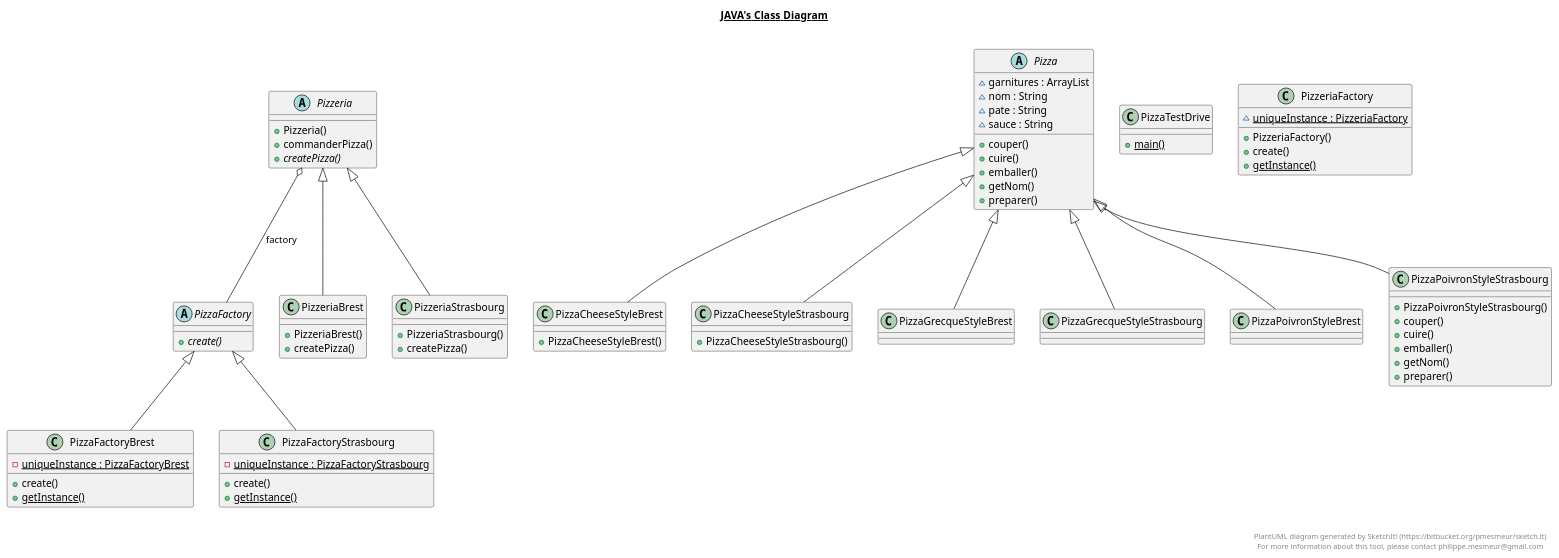
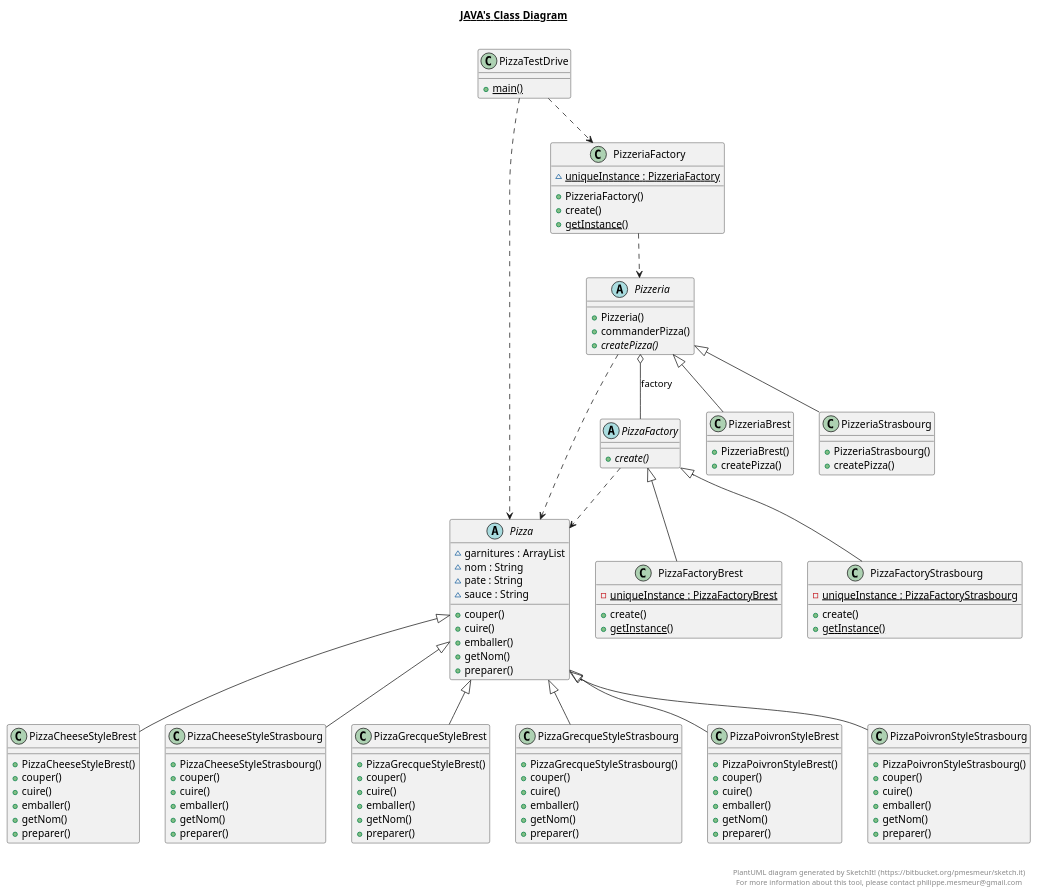
The diagram in docs/TP3.plantuml (IUT-Blagnac/cpoa-tp3-Karlitau), drawn with PlantUML before and after one commit. The commit also changed 4 other files, not shown here.

```diff
--- a/docs/TP3.plantuml
+++ b/docs/TP3.plantuml
@@ -1,142 +1,183 @@
 @startuml
 
 title __JAVA's Class Diagram__\n
 
-abstract class Pizza {
+
+    abstract class Pizza {
         ~ garnitures : ArrayList
         ~ nom : String
         ~ pate : String
         ~ sauce : String
         + couper()
         + cuire()
         + emballer()
         + getNom()
         + preparer()
     }
 
+
+
     class PizzaCheeseStyleBrest {
         + PizzaCheeseStyleBrest()
+        + couper()
+        + cuire()
+        + emballer()
+        + getNom()
+        + preparer()
     }
 
-  
+
 
 
     class PizzaCheeseStyleStrasbourg {
         + PizzaCheeseStyleStrasbourg()
+        + couper()
+        + cuire()
+        + emballer()
+        + getNom()
+        + preparer()
     }
 
-  
+
 
 
     abstract class PizzaFactory {
         {abstract} + create()
     }
 
-  
+
 
 
     class PizzaFactoryBrest {
         {static} - uniqueInstance : PizzaFactoryBrest
         + create()
         {static} + getInstance()
     }
 
-  
+
 
 
     class PizzaFactoryStrasbourg {
         {static} - uniqueInstance : PizzaFactoryStrasbourg
         + create()
         {static} + getInstance()
     }
 
-  
+
 
 
     class PizzaGrecqueStyleBrest {
+        + PizzaGrecqueStyleBrest()
+        + couper()
+        + cuire()
+        + emballer()
+        + getNom()
+        + preparer()
     }
 
-  
+
 
 
     class PizzaGrecqueStyleStrasbourg {
+        + PizzaGrecqueStyleStrasbourg()
+        + couper()
+        + cuire()
+        + emballer()
+        + getNom()
+        + preparer()
     }
 
-  
+
+
 
     class PizzaPoivronStyleBrest {
+        + PizzaPoivronStyleBrest()
+        + couper()
+        + cuire()
+        + emballer()
+        + getNom()
+        + preparer()
     }
+
+
 
 
     class PizzaPoivronStyleStrasbourg {
         + PizzaPoivronStyleStrasbourg()
         + couper()
         + cuire()
         + emballer()
         + getNom()
         + preparer()
     }
 
-  
+
 
 
     class PizzaTestDrive {
         {static} + main()
     }
 
-  
+
+
 
     abstract class Pizzeria {
         + Pizzeria()
         + commanderPizza()
         {abstract} + createPizza()
     }
 
-  
+
 
 
     class PizzeriaBrest {
         + PizzeriaBrest()
         + createPizza()
     }
-  
+
+
 
 
     class PizzeriaFactory {
         {static} ~ uniqueInstance : PizzeriaFactory
         + PizzeriaFactory()
         + create()
         {static} + getInstance()
     }
 
-  
+
 
 
     class PizzeriaStrasbourg {
         + PizzeriaStrasbourg()
         + createPizza()
     }
 
-  
+
 
   PizzaCheeseStyleBrest -up-|> Pizza
   PizzaCheeseStyleStrasbourg -up-|> Pizza
   PizzaFactoryBrest -up-|> PizzaFactory
   PizzaFactoryStrasbourg -up-|> PizzaFactory
   PizzaGrecqueStyleBrest -up-|> Pizza
   PizzaGrecqueStyleStrasbourg -up-|> Pizza
   PizzaPoivronStyleBrest -up-|> Pizza
   PizzaPoivronStyleStrasbourg -up-|> Pizza
   Pizzeria o-- PizzaFactory : factory
   PizzeriaBrest -up-|> Pizzeria
   PizzeriaStrasbourg -up-|> Pizzeria
+  Pizzeria ..> Pizza
+  PizzaFactory ..> Pizza
+  PizzeriaFactory ..> Pizzeria
+  PizzaTestDrive ..> PizzeriaFactory
+  PizzaTestDrive ..> Pizza
 
 
 right footer
 
 
 PlantUML diagram generated by SketchIt! (https://bitbucket.org/pmesmeur/sketch.it)
 For more information about this tool, please contact philippe.mesmeur@gmail.com
 endfooter
 
 @enduml
```
